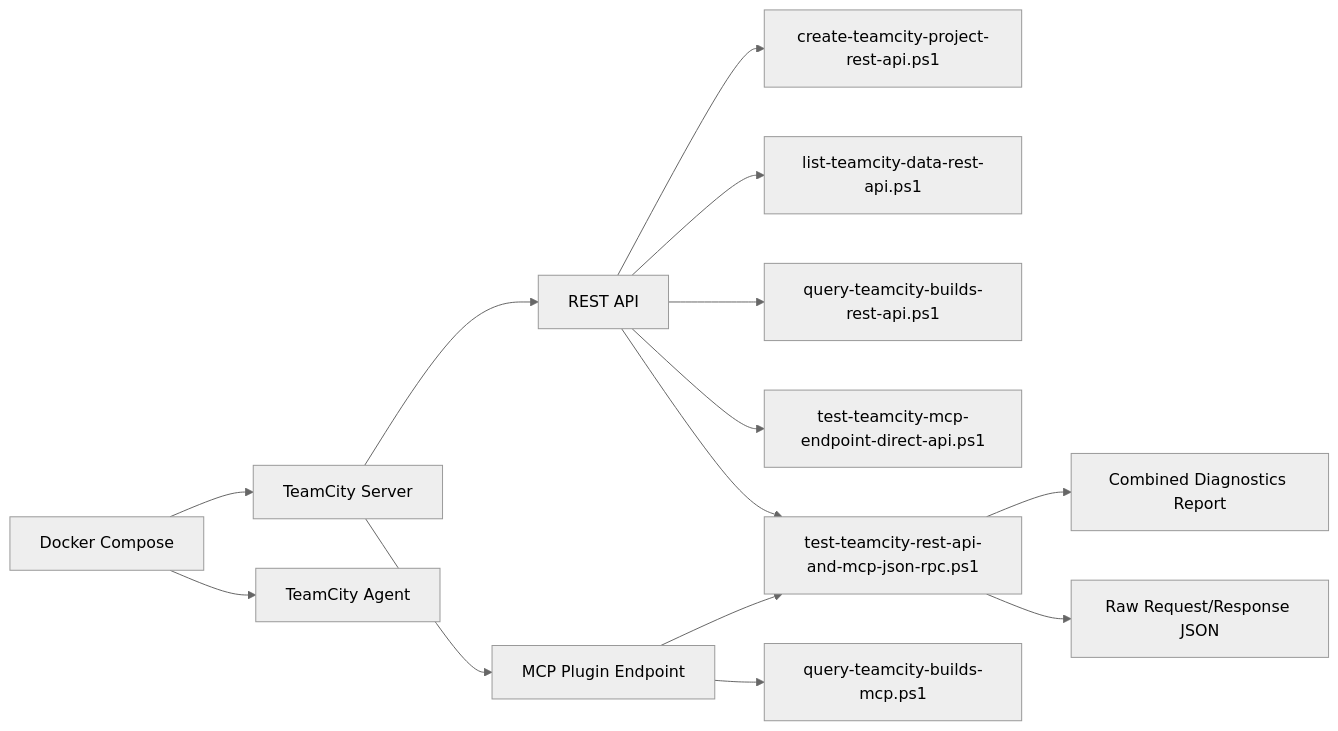
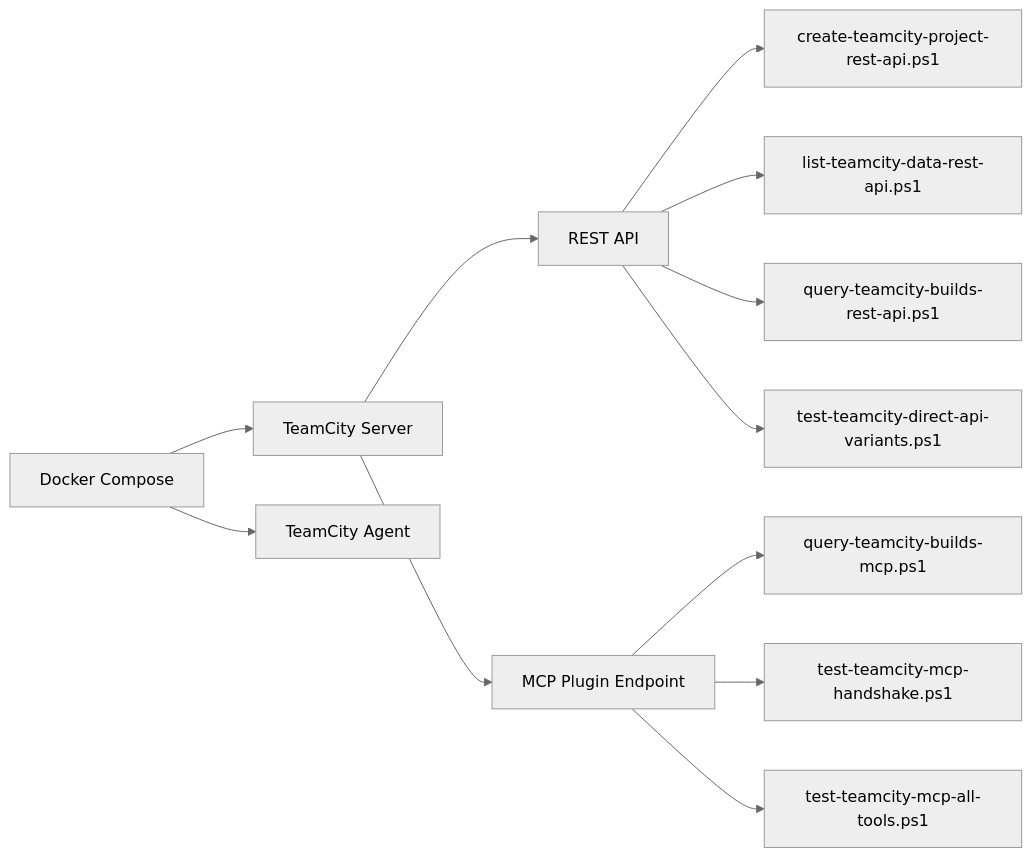
One commit to RegexCore/teamcity-n8n-automation-lab changed the first of 2 diagrams in README.md. Above: the diagram before and after it, drawn with Mermaid (neutral theme). The commit also changed other lines of this file and 4 other files, not shown here.

First line of the commit message:
Refactor TeamCity MCP Handshake Script

````diff
--- a/README.md
+++ b/README.md
@@ -62,16 +63,14 @@
 ```mermaid
 flowchart LR
     A[Docker Compose] --> B[TeamCity Server]
     A --> C[TeamCity Agent]
     B --> D[REST API]
     B --> E[MCP Plugin Endpoint]
   D --> F[create-teamcity-project-rest-api.ps1]
   D --> G[list-teamcity-data-rest-api.ps1]
   D --> H[query-teamcity-builds-rest-api.ps1]
-  D --> I[test-teamcity-mcp-endpoint-direct-api.ps1]
-  D --> J[test-teamcity-rest-api-and-mcp-json-rpc.ps1]
-  E --> K[query-teamcity-builds-mcp.ps1]
-  E --> J
-  J --> L[Combined Diagnostics Report]
-  J --> M[Raw Request/Response JSON]
+  D --> I[test-teamcity-direct-api-variants.ps1]
+  E --> J[query-teamcity-builds-mcp.ps1]
+  E --> K[test-teamcity-mcp-handshake.ps1]
+  E --> L[test-teamcity-mcp-all-tools.ps1]
 ```
````
